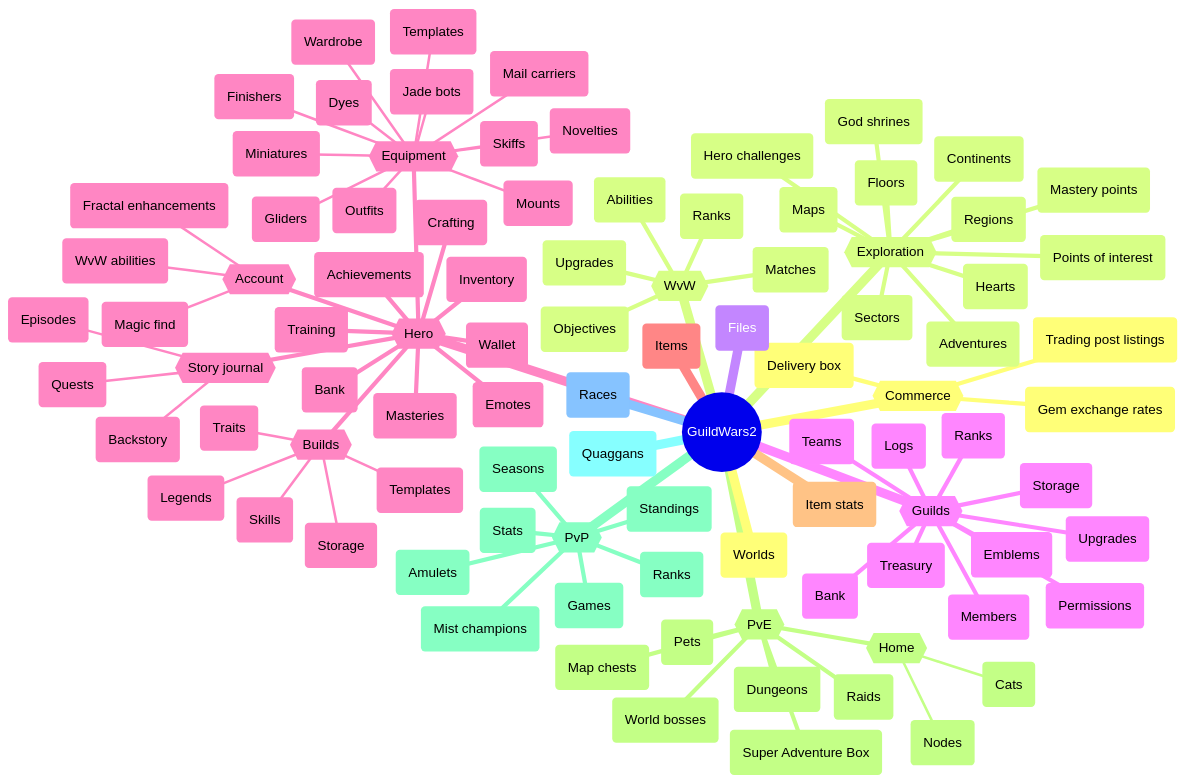
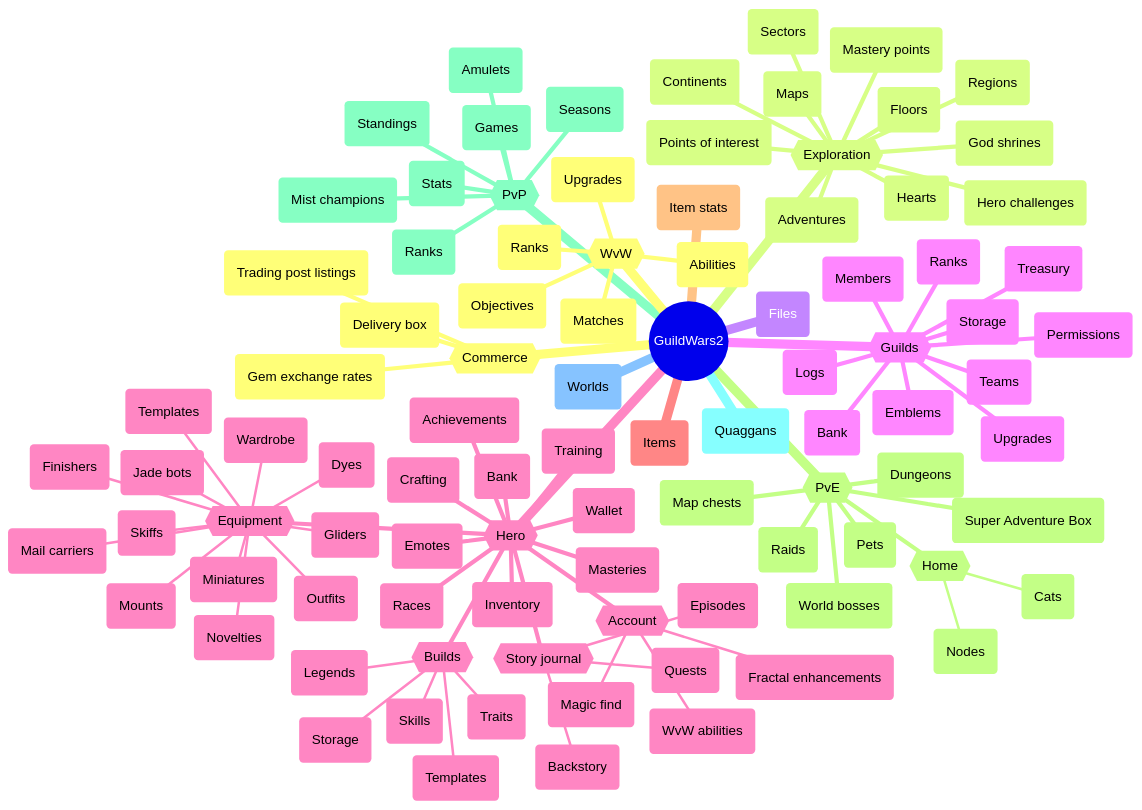
One commit to sliekens/gw2sdk changed the diagram in wiki/features.md. Above: the diagram before and after it, drawn with Mermaid. The commit also changed 16 other files, not shown here.

```diff
--- a/wiki/features.md
+++ b/wiki/features.md
@@ -67,6 +67,7 @@
         (Wardrobe)
       (Inventory)
       (Masteries)
+      (Races)
       {{Story journal}}
         (Backstory)
         (Episodes)
@@ -94,7 +95,6 @@
       (Standings)
       (Stats)
     (Quaggans)
-    (Races)
     (Worlds)
     {{WvW}}
       (Abilities)
```
